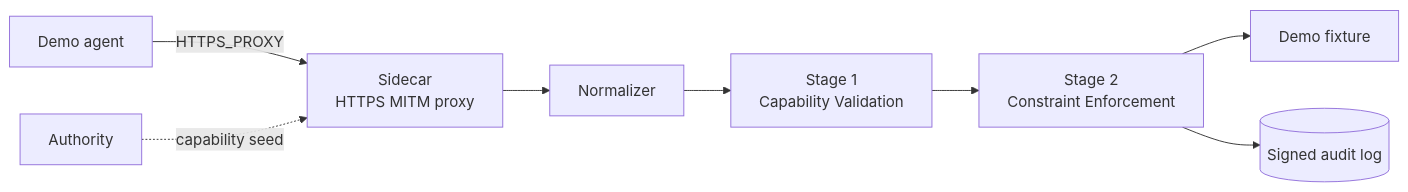
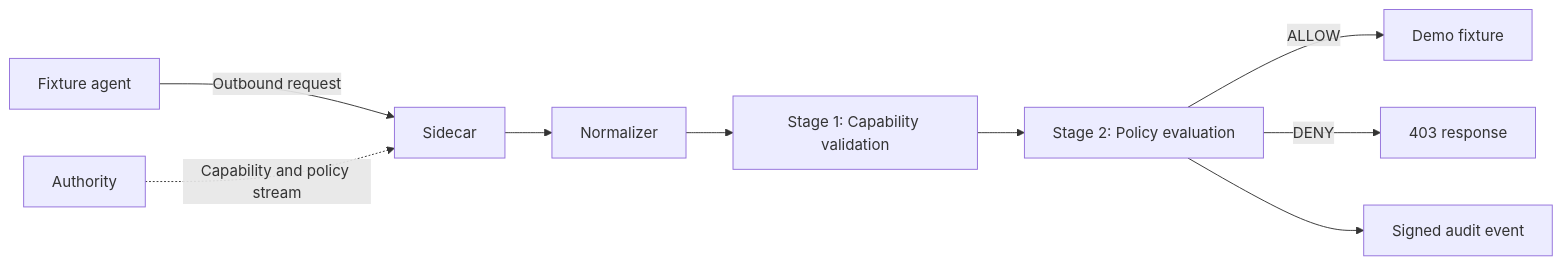
The diagram in docs-site/src/content/docs/quickstart.mdx (Firma-AI/openfirma), drawn with Mermaid before and after one commit. The commit also changed other lines of this file, not shown here.

````diff
--- a/docs-site/src/content/docs/quickstart.mdx
+++ b/docs-site/src/content/docs/quickstart.mdx
@@ -44,10 +60,11 @@
 ```mermaid
 flowchart LR
-    agent[Demo agent] -- HTTPS_PROXY --> sidecar[Sidecar<br/>HTTPS MITM proxy]
-    sidecar --> normalizer[Normalizer]
-    normalizer --> stage1["Stage 1<br/>Capability Validation"]
-    stage1 --> stage2["Stage 2<br/>Constraint Enforcement"]
-    stage2 --> upstream[Demo fixture]
-    stage2 --> audit[(Signed audit log)]
-    authority[Authority] -. capability seed .-> sidecar
+    agent["Fixture agent"] -->|"Outbound request"| sidecar["Sidecar"]
+    sidecar --> normalizer["Normalizer"]
+    normalizer --> stage1["Stage 1: Capability validation"]
+    stage1 --> stage2["Stage 2: Policy evaluation"]
+    stage2 -->|"ALLOW"| fixture["Demo fixture"]
+    stage2 -->|"DENY"| denied["403 response"]
+    stage2 --> audit["Signed audit event"]
+    authority["Authority"] -. "Capability and policy stream" .-> sidecar
 ```
````
